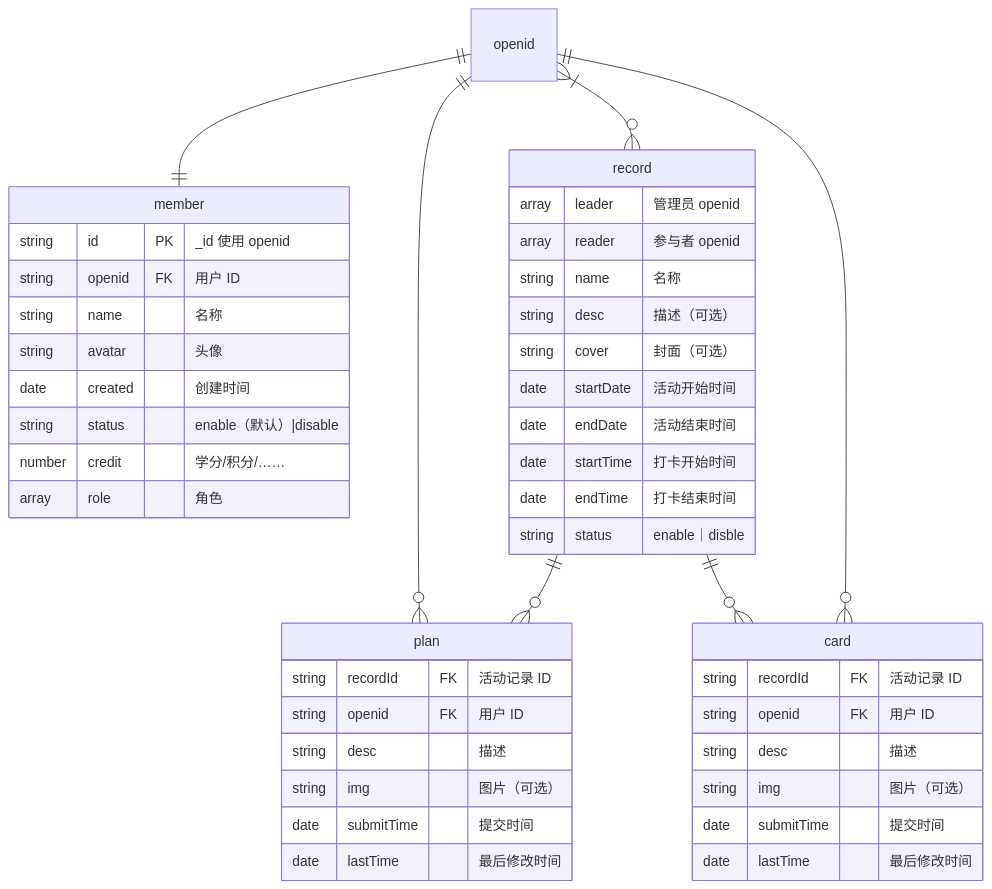
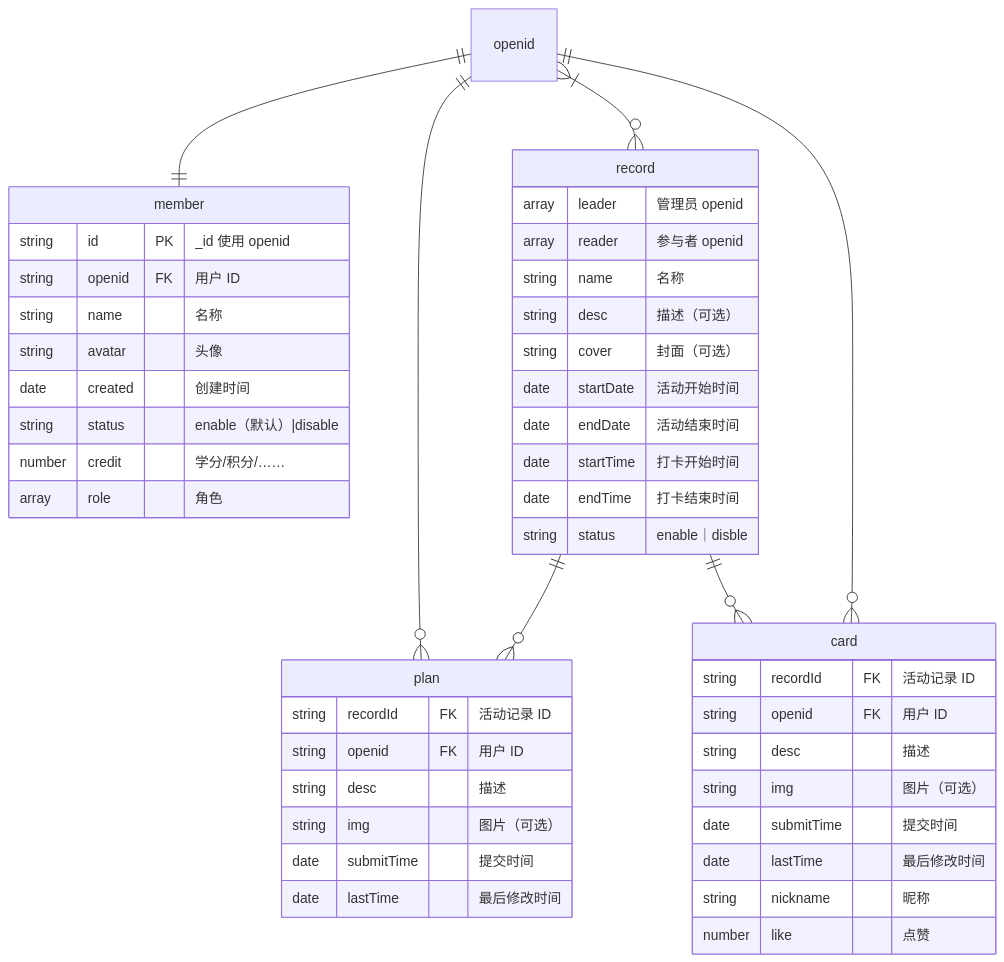
The diagram in doc/开发文档.md (liang-n/juan-card), drawn with Mermaid before and after one commit.

Commit message:
增加：card 表增加「昵称」「点赞」两个冗余字段

````diff
--- a/doc/开发文档.md
+++ b/doc/开发文档.md
@@ -24,48 +24,50 @@
 ```mermaid
 erDiagram
   openid ||--|| member : ""
   openid }|--o{ record : ""
   openid ||--o{ plan : ""
   record ||--o{ plan : ""
   record ||--o{ card : ""
   openid ||--o{ card : ""
 
   member {
     string id PK "_id 使用 openid"
     string openid FK "用户 ID"
     string name "名称"
     string avatar "头像"
     date created "创建时间"
     string status "enable（默认）|disable"
     number credit "学分/积分/……"
     array role "角色"
   }
   record {
     array leader "管理员 openid"
     array reader "参与者 openid"
     string name "名称"
     string desc "描述（可选）"
     string cover "封面（可选）"
     date startDate "活动开始时间"
     date endDate "活动结束时间"
     date startTime "打卡开始时间"
     date endTime "打卡结束时间"
     string status "enable｜disble"
   }
   plan {
     string recordId FK "活动记录 ID"
     string openid FK "用户 ID"
     string desc "描述"
     string img "图片（可选）"
     date submitTime "提交时间"
     date lastTime "最后修改时间"
   }
   card {
     string recordId FK "活动记录 ID"
     string openid FK "用户 ID"
     string desc "描述"
     string img "图片（可选）"
     date submitTime "提交时间"
     date lastTime "最后修改时间"
+    string nickname "昵称"
+    number like "点赞"
   }
 ```
````
